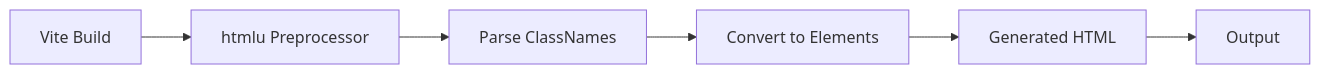
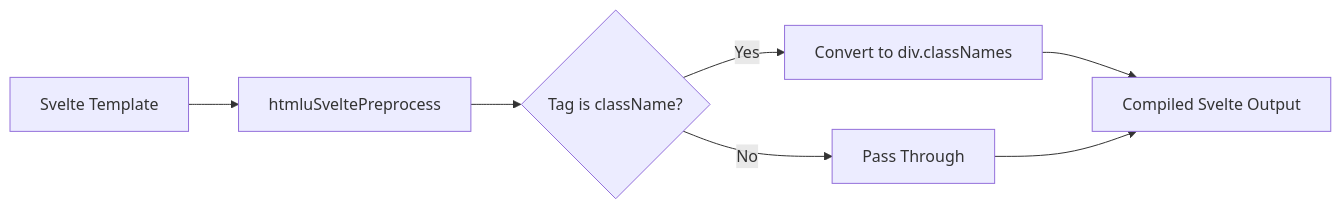
One commit to medyll/idae changed the diagram in packages/idae-htmlu/README.md. Above: the diagram before and after it, drawn with Mermaid. The commit also changed other lines of this file and 17 other files, not shown here.

````diff
--- a/packages/idae-htmlu/README.md
+++ b/packages/idae-htmlu/README.md
@@ -7,8 +62,9 @@
 ```mermaid
 graph LR
-    A[Vite Build] --> B[htmlu Preprocessor]
-    B --> C[Parse ClassNames]
-    C --> D[Convert to Elements]
-    D --> E[Generated HTML]
-    E --> F[Output]
+    A[Svelte Template] --> B[htmluSveltePreprocess]
+    B --> C{Tag is className?}
+    C -->|Yes| D[Convert to div.classNames]
+    C -->|No| E[Pass Through]
+    D --> F[Compiled Svelte Output]
+    E --> F
 ```
````
